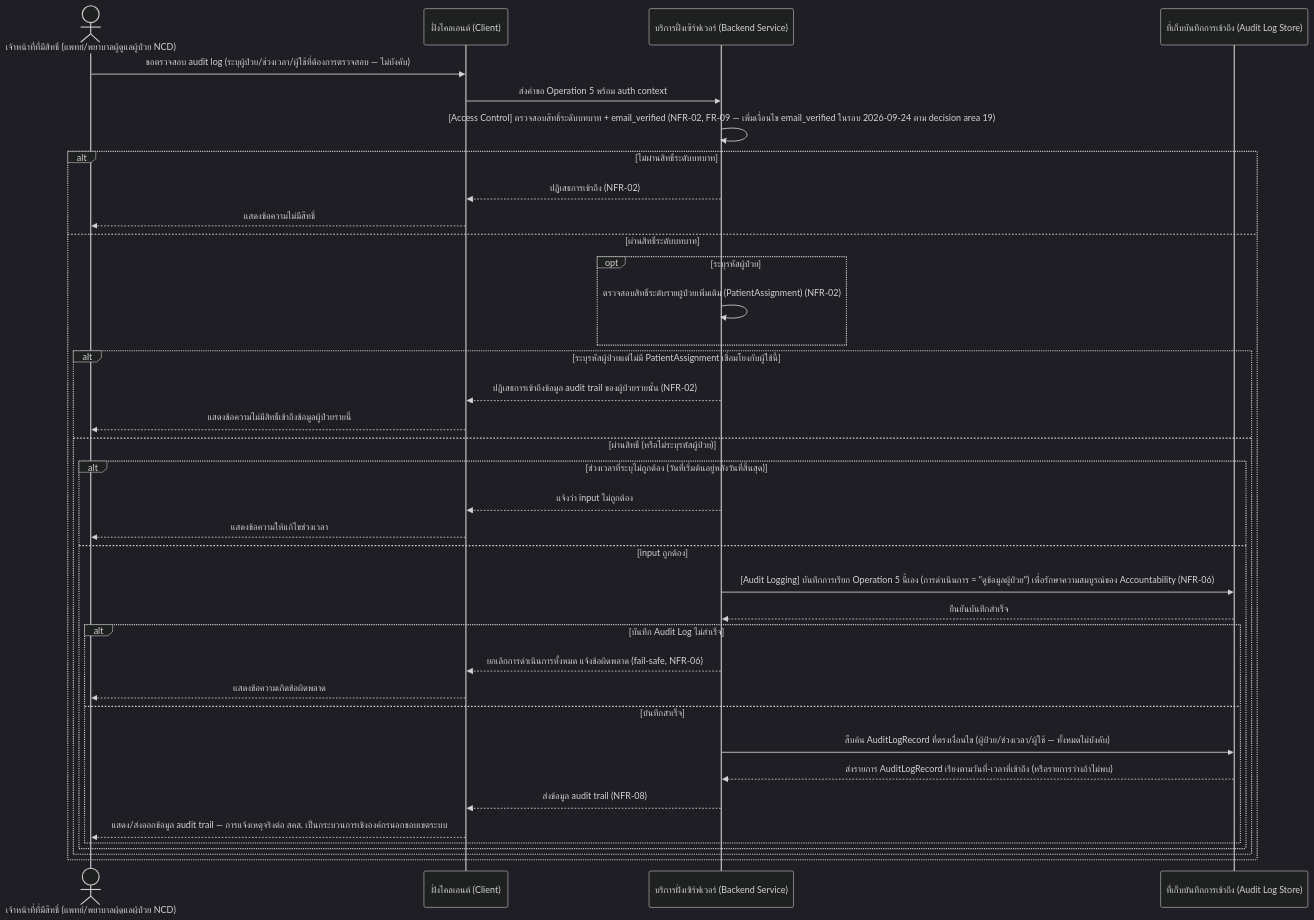
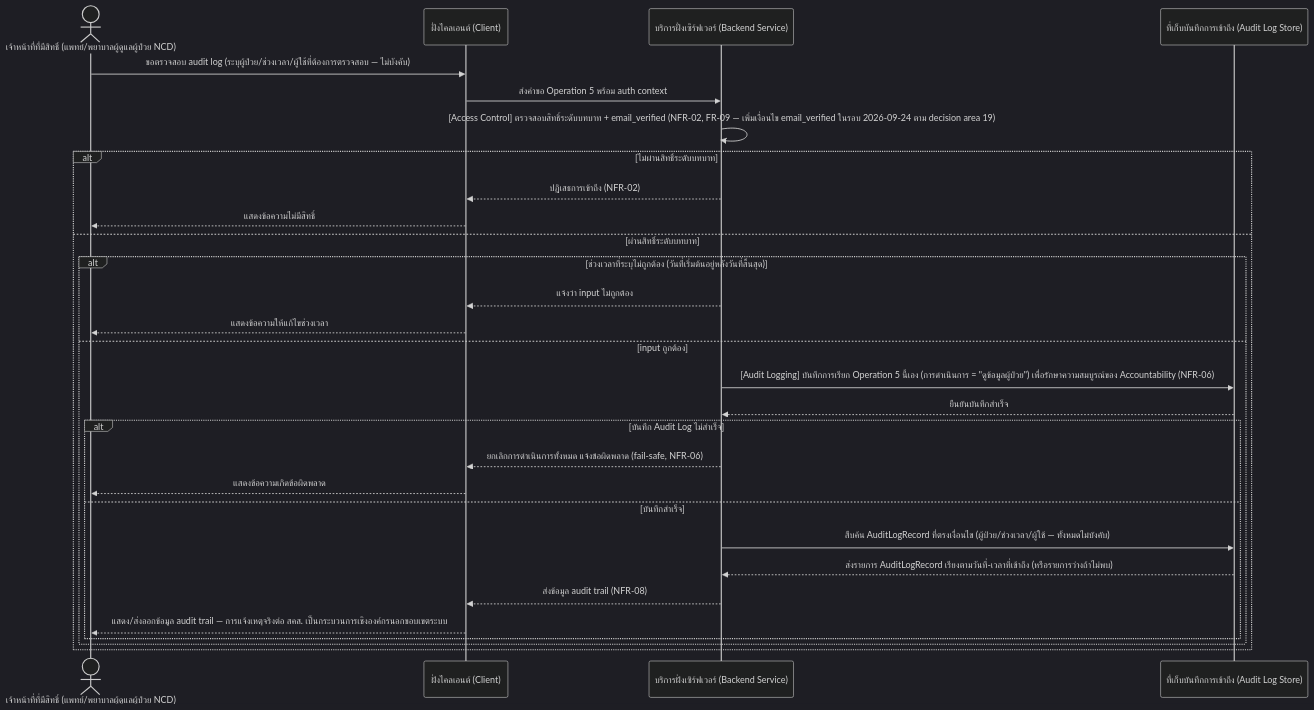
Before and after one commit to fadtypat/track-ncds: the second of 4 diagrams in docs/02-design/02-technical/detailed-design/pdpa-data-protection-compliance.md, drawn with Mermaid (dark theme). The commit also changed other lines of this file and 19 other files, not shown here.

First line of the commit message:
Sync technical and test docs with FR-17/NFR-21 and the assignment removal

````diff
--- a/docs/02-design/02-technical/detailed-design/pdpa-data-protection-compliance.md
+++ b/docs/02-design/02-technical/detailed-design/pdpa-data-protection-compliance.md
@@ -135,40 +143,32 @@
 ```mermaid
 sequenceDiagram
     actor Staff as เจ้าหน้าที่ที่มีสิทธิ์ (แพทย์/พยาบาลผู้ดูแลผู้ป่วย NCD)
     participant Client as ฝั่งไคลเอนต์ (Client)
     participant Backend as บริการฝั่งเซิร์ฟเวอร์ (Backend Service)
     participant AuditStore as ที่เก็บบันทึกการเข้าถึง (Audit Log Store)
 
     Staff->>Client: ขอตรวจสอบ audit log (ระบุผู้ป่วย/ช่วงเวลา/ผู้ใช้ที่ต้องการตรวจสอบ — ไม่บังคับ)
     Client->>Backend: ส่งคำขอ Operation 5 พร้อม auth context
     Backend->>Backend: [Access Control] ตรวจสอบสิทธิ์ระดับบทบาท + email_verified (NFR-02, FR-09 — เพิ่มเงื่อนไข email_verified ในรอบ 2026-09-24 ตาม decision area 19)
     alt ไม่ผ่านสิทธิ์ระดับบทบาท
         Backend-->>Client: ปฏิเสธการเข้าถึง (NFR-02)
         Client-->>Staff: แสดงข้อความไม่มีสิทธิ์
     else ผ่านสิทธิ์ระดับบทบาท
-        opt ระบุรหัสผู้ป่วย
-            Backend->>Backend: ตรวจสอบสิทธิ์ระดับรายผู้ป่วยเพิ่มเติม (PatientAssignment) (NFR-02)
-        end
-        alt ระบุรหัสผู้ป่วยแต่ไม่มี PatientAssignment เชื่อมโยงกับผู้ใช้นี้
-            Backend-->>Client: ปฏิเสธการเข้าถึงข้อมูล audit trail ของผู้ป่วยรายนั้น (NFR-02)
-            Client-->>Staff: แสดงข้อความไม่มีสิทธิ์เข้าถึงข้อมูลผู้ป่วยรายนี้
-        else ผ่านสิทธิ์ (หรือไม่ระบุรหัสผู้ป่วย)
-            alt ช่วงเวลาที่ระบุไม่ถูกต้อง (วันที่เริ่มต้นอยู่หลังวันที่สิ้นสุด)
-                Backend-->>Client: แจ้งว่า input ไม่ถูกต้อง
-                Client-->>Staff: แสดงข้อความให้แก้ไขช่วงเวลา
-            else input ถูกต้อง
-                Backend->>AuditStore: [Audit Logging] บันทึกการเรียก Operation 5 นี้เอง (การดำเนินการ = "ดูข้อมูลผู้ป่วย") เพื่อรักษาความสมบูรณ์ของ Accountability (NFR-06)
-                AuditStore-->>Backend: ยืนยันบันทึกสำเร็จ
-                alt บันทึก Audit Log ไม่สำเร็จ
-                    Backend-->>Client: ยกเลิกการดำเนินการทั้งหมด แจ้งข้อผิดพลาด (fail-safe, NFR-06)
-                    Client-->>Staff: แสดงข้อความเกิดข้อผิดพลาด
-                else บันทึกสำเร็จ
-                    Backend->>AuditStore: สืบค้น AuditLogRecord ที่ตรงเงื่อนไข (ผู้ป่วย/ช่วงเวลา/ผู้ใช้ — ทั้งหมดไม่บังคับ)
-                    AuditStore-->>Backend: ส่งรายการ AuditLogRecord เรียงตามวันที่-เวลาที่เข้าถึง (หรือรายการว่างถ้าไม่พบ)
-                    Backend-->>Client: ส่งข้อมูล audit trail (NFR-08)
-                    Client-->>Staff: แสดง/ส่งออกข้อมูล audit trail — การแจ้งเหตุจริงต่อ สคส. เป็นกระบวนการเชิงองค์กรนอกขอบเขตระบบ
-                end
+        alt ช่วงเวลาที่ระบุไม่ถูกต้อง (วันที่เริ่มต้นอยู่หลังวันที่สิ้นสุด)
+            Backend-->>Client: แจ้งว่า input ไม่ถูกต้อง
+            Client-->>Staff: แสดงข้อความให้แก้ไขช่วงเวลา
+        else input ถูกต้อง
+            Backend->>AuditStore: [Audit Logging] บันทึกการเรียก Operation 5 นี้เอง (การดำเนินการ = "ดูข้อมูลผู้ป่วย") เพื่อรักษาความสมบูรณ์ของ Accountability (NFR-06)
+            AuditStore-->>Backend: ยืนยันบันทึกสำเร็จ
+            alt บันทึก Audit Log ไม่สำเร็จ
+                Backend-->>Client: ยกเลิกการดำเนินการทั้งหมด แจ้งข้อผิดพลาด (fail-safe, NFR-06)
+                Client-->>Staff: แสดงข้อความเกิดข้อผิดพลาด
+            else บันทึกสำเร็จ
+                Backend->>AuditStore: สืบค้น AuditLogRecord ที่ตรงเงื่อนไข (ผู้ป่วย/ช่วงเวลา/ผู้ใช้ — ทั้งหมดไม่บังคับ)
+                AuditStore-->>Backend: ส่งรายการ AuditLogRecord เรียงตามวันที่-เวลาที่เข้าถึง (หรือรายการว่างถ้าไม่พบ)
+                Backend-->>Client: ส่งข้อมูล audit trail (NFR-08)
+                Client-->>Staff: แสดง/ส่งออกข้อมูล audit trail — การแจ้งเหตุจริงต่อ สคส. เป็นกระบวนการเชิงองค์กรนอกขอบเขตระบบ
             end
         end
     end
 ```
````
